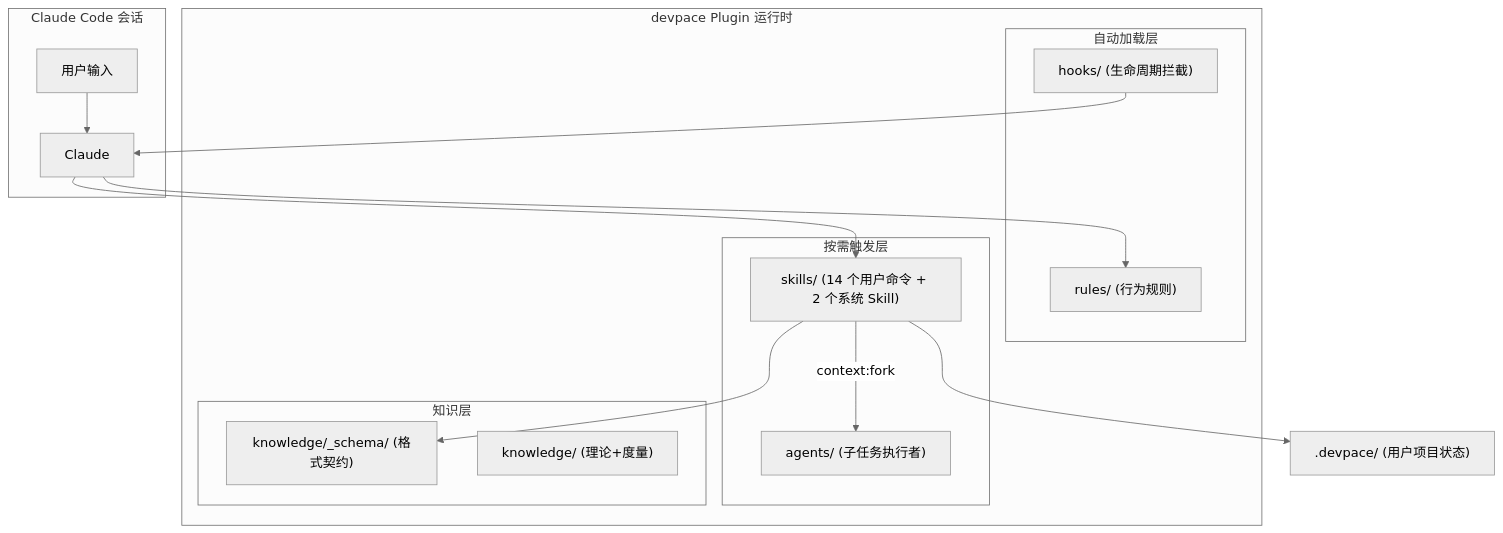
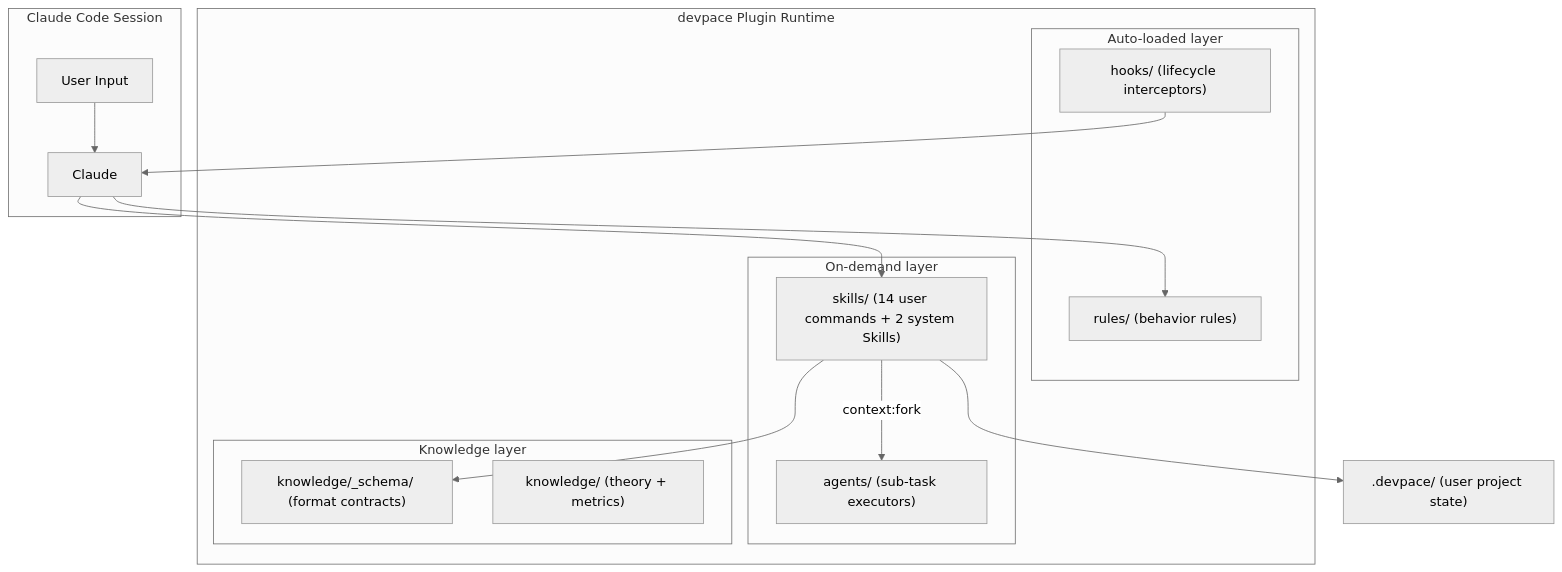
One commit to arch-team/devpace changed the second of 2 diagrams in CONTRIBUTING.md. Above: the diagram before and after it, drawn with Mermaid (neutral theme). The commit also changed other lines of this file and 21 other files, not shown here.

````diff
--- a/CONTRIBUTING.md
+++ b/CONTRIBUTING.md
@@ -94,26 +96,26 @@
 ```mermaid
 graph TB
-    subgraph "Claude Code 会话"
-        User["用户输入"] --> Claude["Claude"]
+    subgraph "Claude Code Session"
+        User["User Input"] --> Claude["Claude"]
     end
-    subgraph "devpace Plugin 运行时"
-        subgraph "自动加载层"
-            Rules["rules/ (行为规则)"]
-            Hooks["hooks/ (生命周期拦截)"]
+    subgraph "devpace Plugin Runtime"
+        subgraph "Auto-loaded layer"
+            Rules["rules/ (behavior rules)"]
+            Hooks["hooks/ (lifecycle interceptors)"]
         end
-        subgraph "按需触发层"
-            Skills["skills/ (14 个用户命令 + 2 个系统 Skill)"]
-            Agents["agents/ (子任务执行者)"]
+        subgraph "On-demand layer"
+            Skills["skills/ (14 user commands + 2 system Skills)"]
+            Agents["agents/ (sub-task executors)"]
         end
-        subgraph "知识层"
-            Schema["knowledge/_schema/ (格式契约)"]
-            Knowledge["knowledge/ (理论+度量)"]
+        subgraph "Knowledge layer"
+            Schema["knowledge/_schema/ (format contracts)"]
+            Knowledge["knowledge/ (theory + metrics)"]
         end
     end
     Claude --> Rules
     Hooks --> Claude
     Claude --> Skills
     Skills -->|"context:fork"| Agents
     Skills --> Schema
-    Skills --> DevpaceDir[".devpace/ (用户项目状态)"]
+    Skills --> DevpaceDir[".devpace/ (user project state)"]
 ```
````
